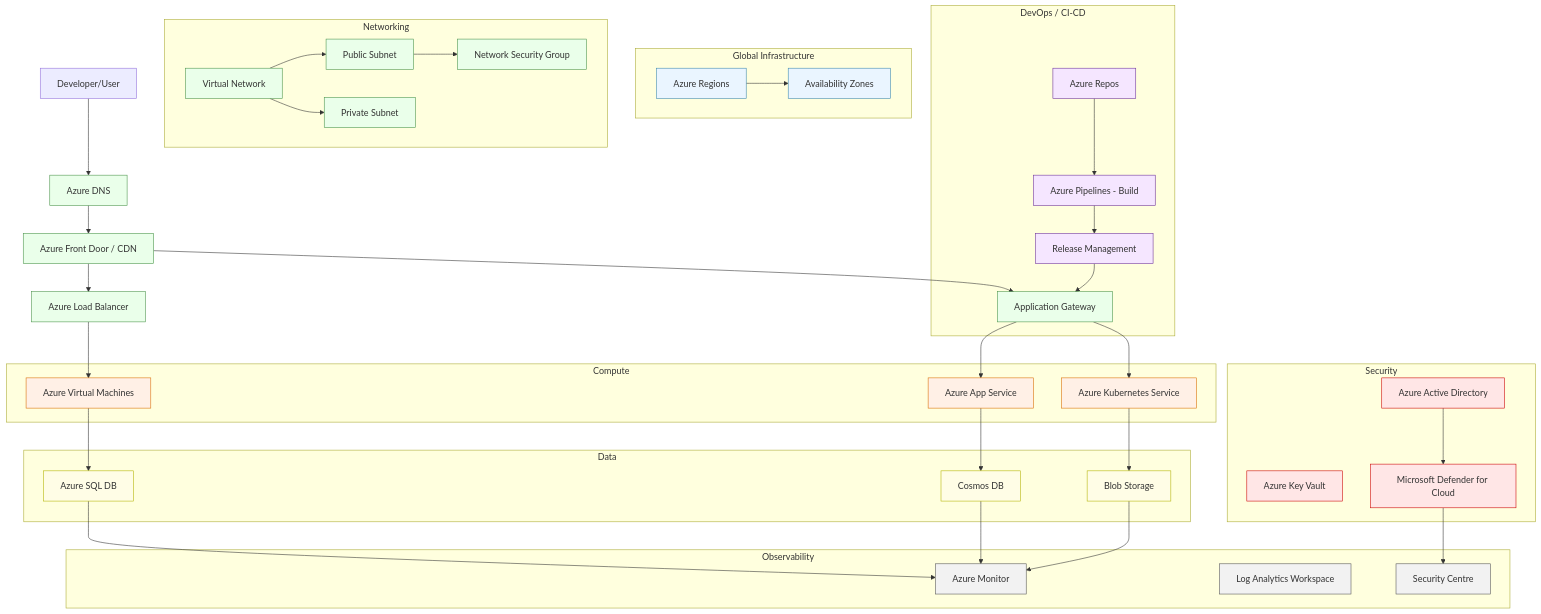
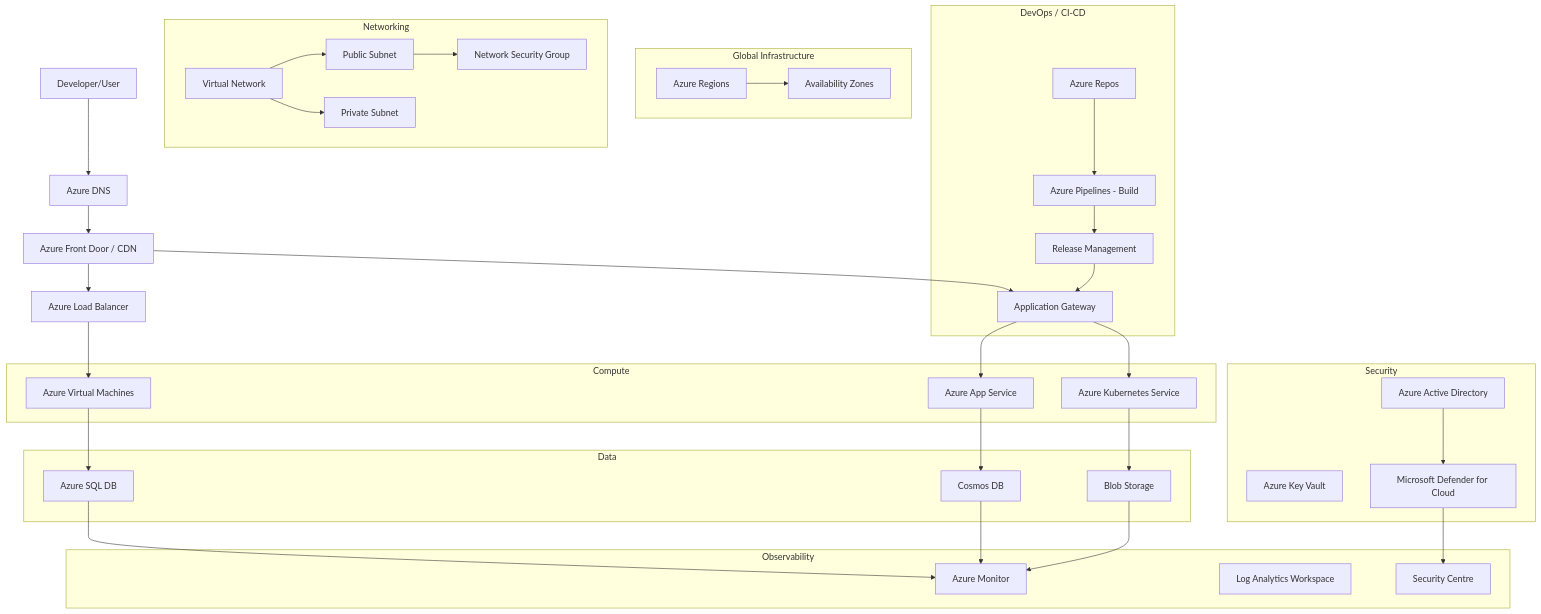
One commit to cassmastern/lers-sandbox changed the third of 3 diagrams in docs/sec_cloud/aws-gcp-azure.md. Above: the diagram before and after it, drawn with Mermaid. The commit also changed other lines of this file, not shown here.

Commit message:
remove %%STYLES definitions from Azure, GCP and AWS arch diagrams

````diff
--- a/docs/sec_cloud/aws-gcp-azure.md
+++ b/docs/sec_cloud/aws-gcp-azure.md
@@ -233,79 +216,70 @@
 ```mermaid
 graph TD
     accTitle: Azure architecture diagram
     accDescr: Azure architecture diagram with global regions and availability zones. User connects via Azure DNS and Front Door CDN to Azure Load Balancer and Application Gateway, routing to compute services: Virtual Machines, App Service PaaS, and Azure Kubernetes Service. Data layer includes Azure SQL Database, Cosmos DB NoSQL, and Blob Storage. DevOps pipeline flows from Azure Repos through Azure Pipelines build system to Release Management. Security provided by Azure Active Directory, Key Vault, and Microsoft Defender for Cloud. Observability through Azure Monitor, Log Analytics Workspace, and Security Centre.
 
     %% GLOBAL INFRASTRUCTURE
     subgraph Global Infrastructure
         AR1[Azure Regions]:::global --> AR2[Availability Zones]:::global
     end
 
     %% NETWORKING
     subgraph Networking
         VNet[Virtual Network]:::net --> Subnet1[Public Subnet]:::net
         VNet --> Subnet2[Private Subnet]:::net
         Subnet1 --> NSG[Network Security Group]:::net
     end
 
     %% ENTRY FLOW
     User[Developer/User] --> AzureDNS[Azure DNS]:::net
     AzureDNS --> FrontDoor[Azure Front Door / CDN]:::net
     FrontDoor --> ALB[Azure Load Balancer]:::net
     FrontDoor --> AppGW[Application Gateway]:::net
 
     %% COMPUTE
     subgraph Compute
         VMs[Azure Virtual Machines]:::compute
         AppService[Azure App Service]:::compute
         AKS[Azure Kubernetes Service]:::compute
     end
     ALB --> VMs
     AppGW --> AppService
     AppGW --> AKS
 
     %% DATABASE / STORAGE
     subgraph Data
         AzureSQL[Azure SQL DB]:::data
         CosmosDB[Cosmos DB]:::data
         Blob[Blob Storage]:::data
     end
     VMs --> AzureSQL
     AppService --> CosmosDB
     AKS --> Blob
 
     %% DEVOPS
     subgraph DevOps / CI-CD
         Repos[Azure Repos]:::devops --> Pipelines[Azure Pipelines - Build]:::devops
         Pipelines --> Release[Release Management]:::devops
         Release --> AppGW
     end
 
     %% SECURITY
     subgraph Security
         AAD[Azure Active Directory]:::sec
         KeyVault[Azure Key Vault]:::sec
         Defender[Microsoft Defender for Cloud]:::sec
     end
 
     %% OBSERVABILITY
     subgraph Observability
         Monitor[Azure Monitor]:::obs
         LogAnalytics[Log Analytics Workspace]:::obs
         SecurityCentre[Security Centre]:::obs
     end
 
     AzureSQL --> Monitor
     CosmosDB --> Monitor
     Blob --> Monitor
     AAD --> Defender
     Defender --> SecurityCentre
-
-    %% STYLES
-    classDef global fill:#eaf5ff,stroke:#3a87ad;
-    classDef net fill:#eaffea,stroke:#4a934a;
-    classDef compute fill:#fff0e6,stroke:#d96c00;
-    classDef data fill:#fffde6,stroke:#b3b300;
-    classDef devops fill:#f5e6ff,stroke:#6b2f99;
-    classDef sec fill:#ffe6e6,stroke:#cc0000;
-    classDef obs fill:#f2f2f2,stroke:#555;
 ```
````
